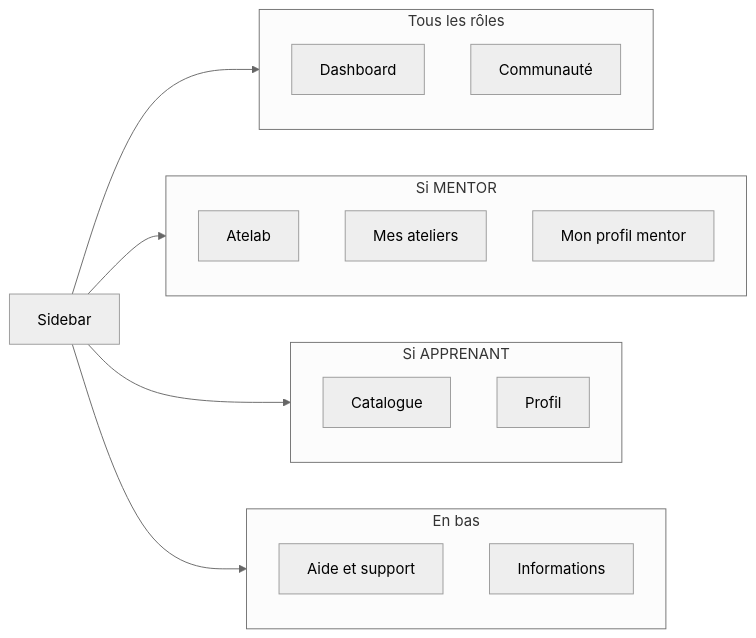
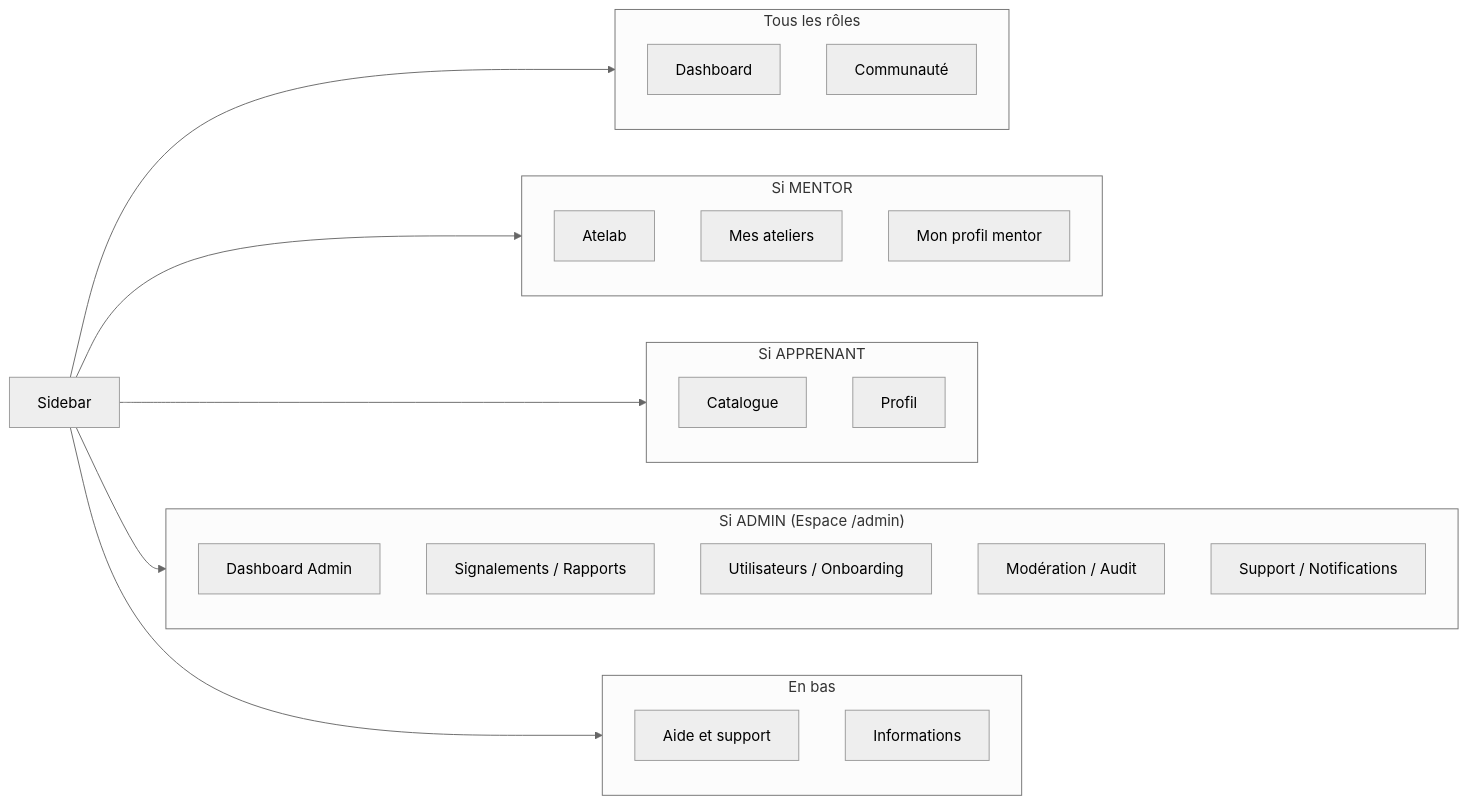
One commit to alice-444/ls_app changed the fourth of 8 diagrams in docs/front.md. Above: the diagram before and after it, drawn with Mermaid (neutral theme). The commit also changed other lines of this file and 3 other files, not shown here.

Commit message:
feat(docs): add detailed lifecycle diagrams for backend requests, email notifications, data caching, onboarding flows, and security measures; enhance documentation clarity and structure for improved developer understanding

````diff
--- a/docs/front.md
+++ b/docs/front.md
@@ -127,28 +156,37 @@
 ```mermaid
 flowchart LR
   subgraph Commun["Tous les rôles"]
     A[Dashboard]
     B[Communauté]
   end
 
   subgraph Mentor["Si MENTOR"]
     E[Atelab]
     F[Mes ateliers]
     G[Mon profil mentor]
   end
 
   subgraph Apprenant["Si APPRENANT"]
     H[Catalogue]
     I[Profil]
   end
 
+  subgraph Admin["Si ADMIN (Espace /admin)"]
+    L[Dashboard Admin]
+    M[Signalements / Rapports]
+    N[Utilisateurs / Onboarding]
+    O[Modération / Audit]
+    P[Support / Notifications]
+  end
+
   subgraph Bas["En bas"]
     J[Aide et support]
     K[Informations]
   end
 
   Sidebar[Sidebar] --> Commun
   Sidebar --> Mentor
   Sidebar --> Apprenant
+  Sidebar --> Admin
   Sidebar --> Bas
 ```
````
